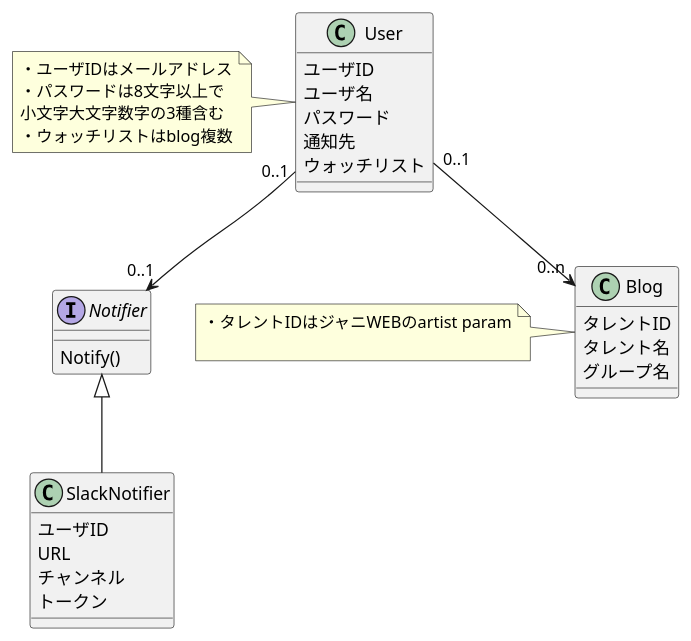
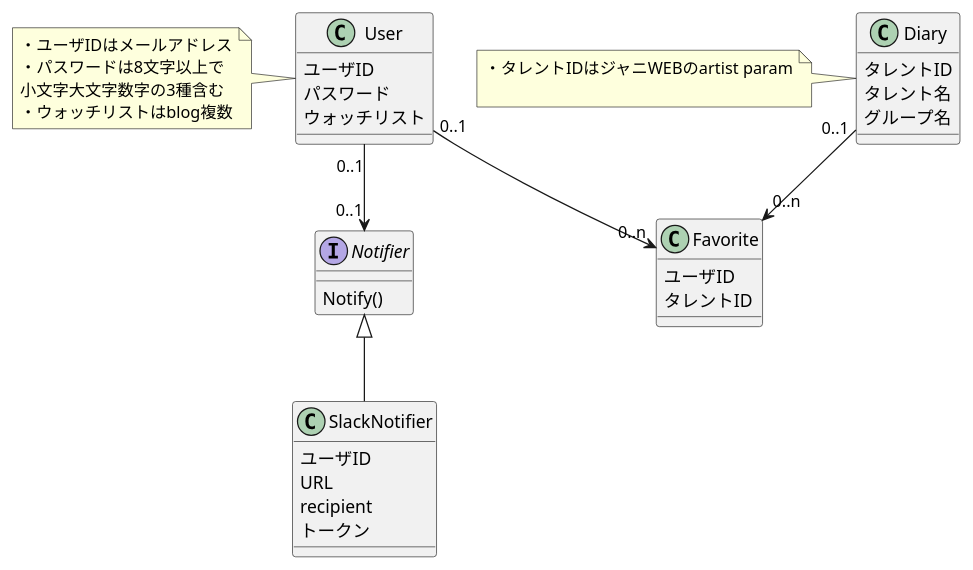
Before and after one commit to 44smkn/jweb-notifier: the diagram in model.pu, drawn with PlantUML.

Commit message:
Favorite構造体を用意して構造体の関係性を変更

```diff
--- a/model.pu
+++ b/model.pu
@@ -1,32 +1,36 @@
 @startuml jweb-notifier
 class User {
     ユーザID
-    ユーザ名
     パスワード
-    通知先
     ウォッチリスト
 }
 note left: ・ユーザIDはメールアドレス\n・パスワードは8文字以上で\n小文字大文字数字の3種含む\n・ウォッチリストはblog複数
 
-class Blog {
+class Diary {
     タレントID
     タレント名
     グループ名
 }
 note left: ・タレントIDはジャニWEBのartist param\n
+
+class Favorite {
+    ユーザID
+    タレントID
+}
 
 interface Notifier {
     Notify()
 }
 
 class SlackNotifier {
     ユーザID
     URL
-    チャンネル
+    recipient
     トークン
 }
 
-User "0..1" --> "0..n" Blog
+User "0..1" --> "0..n" Favorite
+Diary "0..1" --> "0..n" Favorite
 User "0..1" --> "0..1" Notifier
 Notifier <|-- SlackNotifier
 @enduml
```
